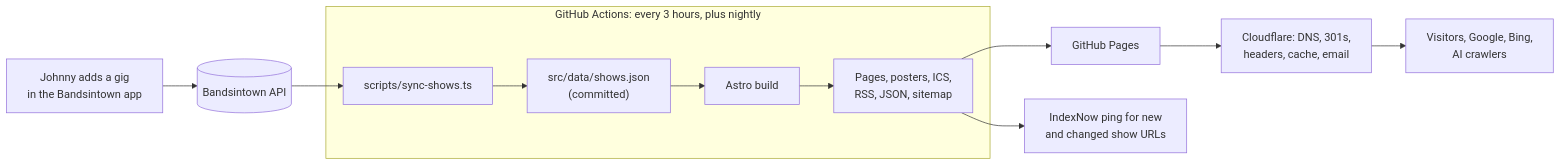
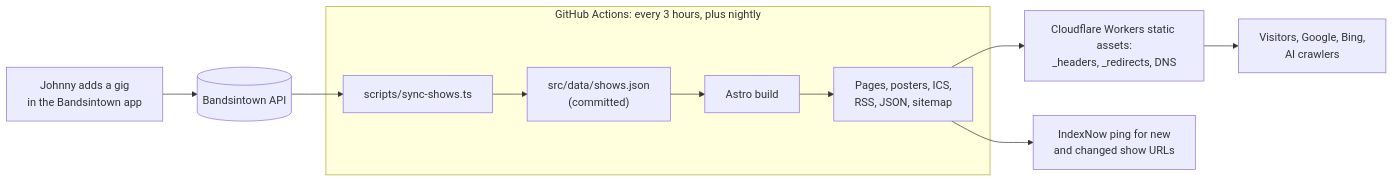
The diagram in PLAN.md (joe-at-heirloom/johnnyrhoades.com), drawn with Mermaid before and after one commit. The commit also changed other lines of this file and 10 other files, not shown here.

Commit message:
docs: ADR 0027, Cloudflare Workers hosting, and the shorter launch

````diff
--- a/PLAN.md
+++ b/PLAN.md
@@ -171,14 +171,13 @@
 ```mermaid
 flowchart LR
   J["Johnny adds a gig<br/>in the Bandsintown app"] --> API[("Bandsintown API")]
   subgraph GA["GitHub Actions: every 3 hours, plus nightly"]
     S["scripts/sync-shows.ts"] --> D["src/data/shows.json<br/>(committed)"]
     D --> B["Astro build"]
     B --> O["Pages, posters, ICS,<br/>RSS, JSON, sitemap"]
   end
   API --> S
-  O --> GP["GitHub Pages"]
-  GP --> CF["Cloudflare: DNS, 301s,<br/>headers, cache, email"]
+  O --> CF["Cloudflare Workers static assets:<br/>_headers, _redirects, DNS"]
   CF --> V["Visitors, Google, Bing,<br/>AI crawlers"]
   O --> IN["IndexNow ping for new<br/>and changed show URLs"]
 ```
````
